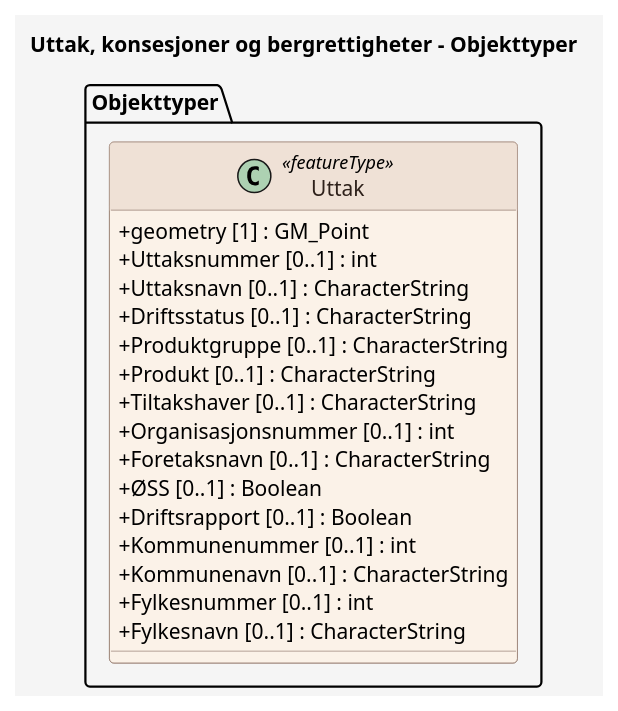
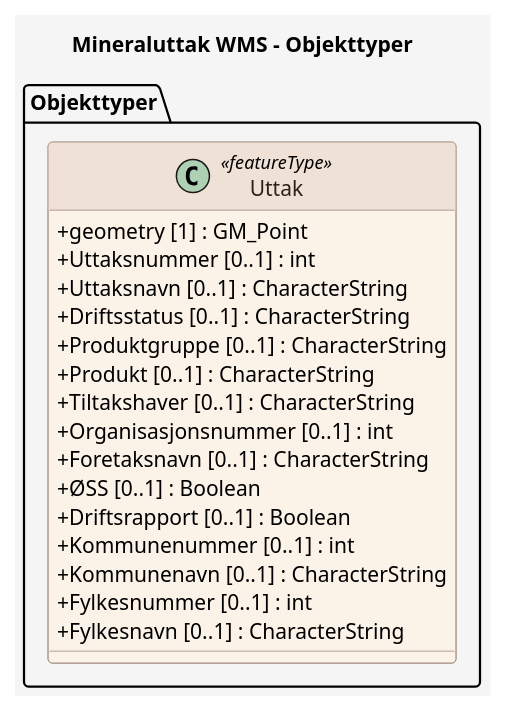
One commit to Arkitektum/produktspesifikasjon_dirmin changed the diagram in produktspesifikasjon/uttak/uttak_feature_catalogue.puml. Above: the diagram before and after it, drawn with PlantUML. The commit also changed 3 other files, not shown here.

```diff
--- a/produktspesifikasjon/uttak/uttak_feature_catalogue.puml
+++ b/produktspesifikasjon/uttak/uttak_feature_catalogue.puml
@@ -1,46 +1,46 @@
 @startuml
-title Uttak, konsesjoner og bergrettigheter - Objekttyper
+title Mineraluttak WMS - Objekttyper
 
 skinparam backgroundColor #F5F5F5
 skinparam shadowing false
 skinparam RoundCorner 6
 skinparam ArrowColor #6C8198
 skinparam class {
   BackgroundColor #FBF2E8
   BorderColor #9C8578
   FontColor #2D201A
   HeaderBackgroundColor #EFE1D6
   HeaderFontColor #2D201A
   AttributeIconSize 0
 }
 skinparam note {
   BackgroundColor #FFFFFF
   BorderColor #6C8198
   FontColor #2D201A
 }
 skinparam stereotypeCBackgroundColor #EAD9CE
 skinparam stereotypeCBorderColor #9C8578
 skinparam stereotypeCFontColor #2D201A
 
 package "Objekttyper" {
 
   class Uttak <<featureType>> {
     + geometry [1] : GM_Point
     + Uttaksnummer [0..1] : int
     + Uttaksnavn [0..1] : CharacterString
     + Driftsstatus [0..1] : CharacterString
     + Produktgruppe [0..1] : CharacterString
     + Produkt [0..1] : CharacterString
     + Tiltakshaver [0..1] : CharacterString
     + Organisasjonsnummer [0..1] : int
     + Foretaksnavn [0..1] : CharacterString
     + ØSS [0..1] : Boolean
     + Driftsrapport [0..1] : Boolean
     + Kommunenummer [0..1] : int
     + Kommunenavn [0..1] : CharacterString
     + Fylkesnummer [0..1] : int
     + Fylkesnavn [0..1] : CharacterString
   }
 }
 
 @enduml
```
